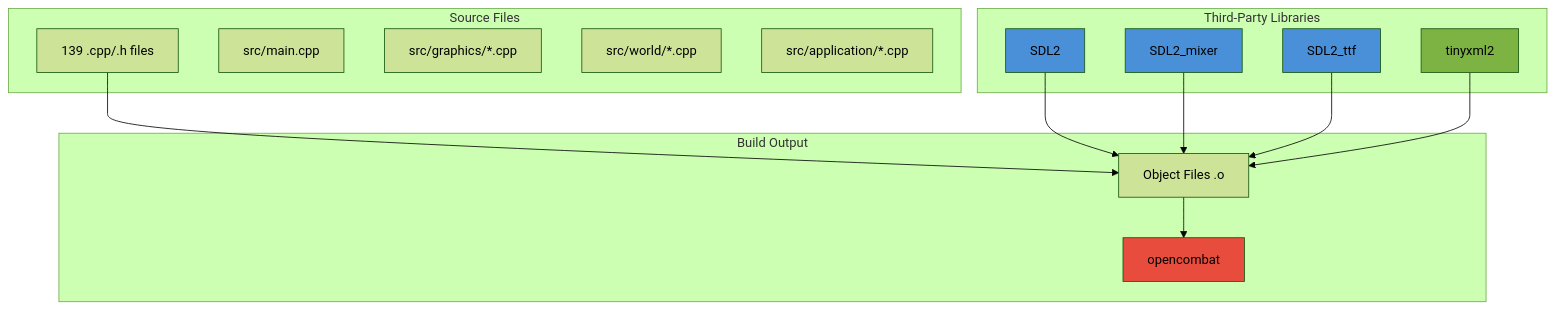
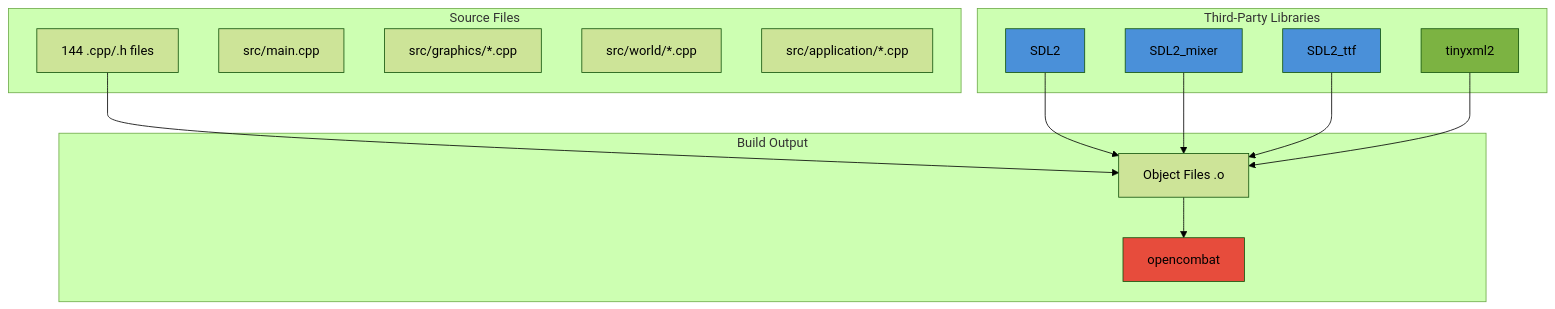
The first of 5 diagrams in docs/chapters/10-build-system.md (jukofyork/OpenCombat-SDL), drawn with Mermaid (forest theme) before and after one commit. The commit also changed other lines of this file and 9 other files, not shown here.

````diff
--- a/docs/chapters/10-build-system.md
+++ b/docs/chapters/10-build-system.md
@@ -26,35 +26,35 @@
 ```mermaid
 flowchart TD
     subgraph "Source Files"
-        SRC[139 .cpp/.h files]
+        SRC[144 .cpp/.h files]
         SRC_MAIN[src/main.cpp]
         SRC_GFX[src/graphics/*.cpp]
         SRC_WORLD[src/world/*.cpp]
         SRC_APP[src/application/*.cpp]
     end
 
     subgraph "Third-Party Libraries"
         SDL2[SDL2]
         SDL2_MIX[SDL2_mixer]
         SDL2_TTF[SDL2_ttf]
         XML[tinyxml2]
     end
 
     subgraph "Build Output"
         OBJ[Object Files .o]
         EXE[opencombat]
     end
 
     SRC --> OBJ
     SDL2 --> OBJ
     SDL2_MIX --> OBJ
     SDL2_TTF --> OBJ
     XML --> OBJ
     OBJ --> EXE
 
     style SDL2 fill:#4a90d9
     style SDL2_MIX fill:#4a90d9
     style SDL2_TTF fill:#4a90d9
     style XML fill:#7cb342
     style EXE fill:#e74c3c
 ```
````
